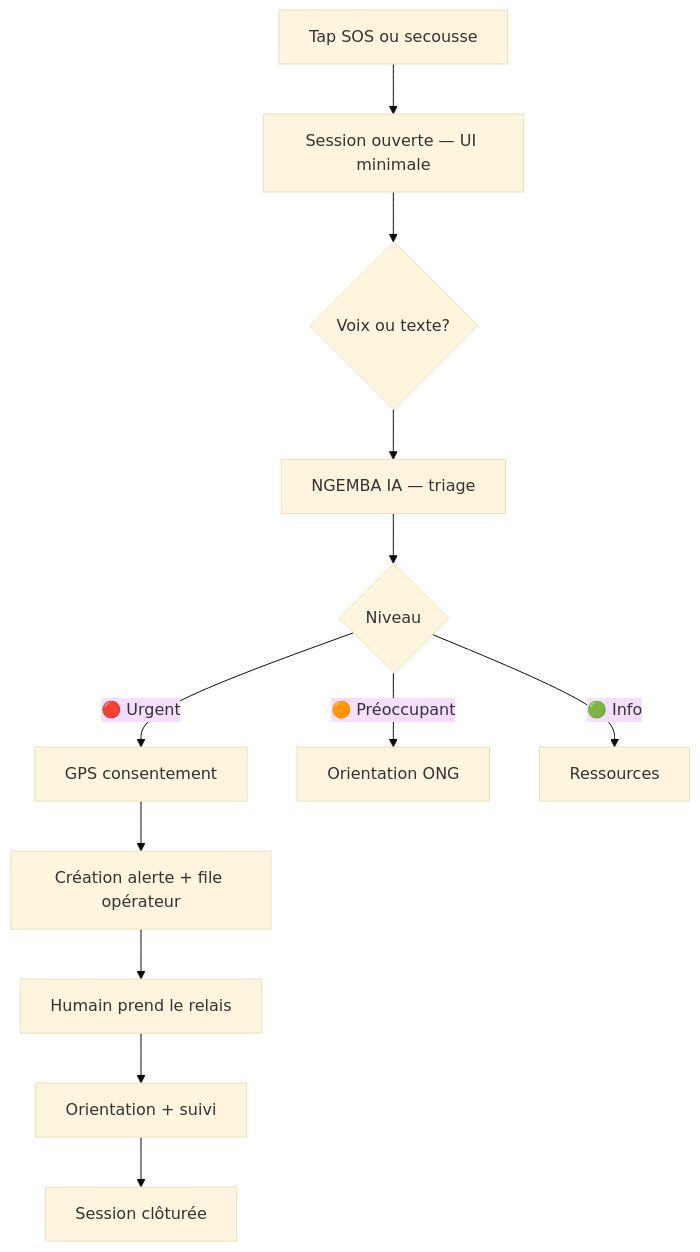
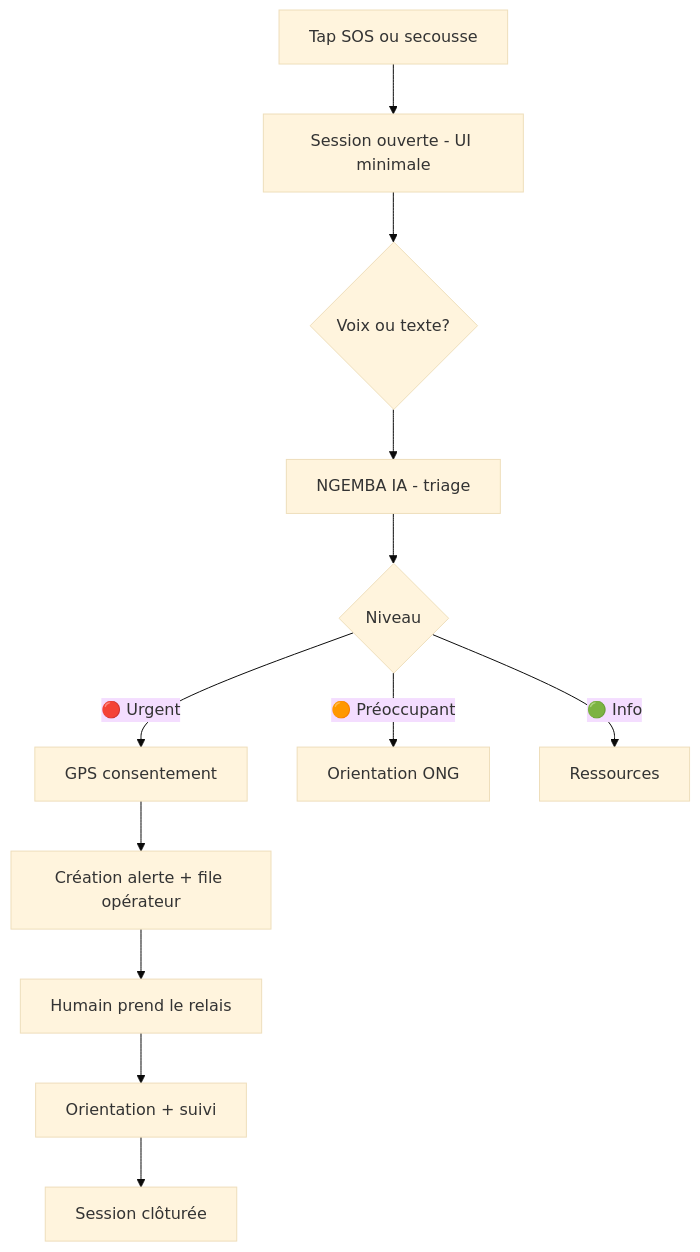
Before and after one commit to Jeffbuleli/McBuleliP2P: the diagram in docs/ngemba/PLAN-MAITRE.md, drawn with Mermaid (base theme). The commit also changed other lines of this file and 41 other files, not shown here.

````diff
--- a/docs/ngemba/PLAN-MAITRE.md
+++ b/docs/ngemba/PLAN-MAITRE.md
@@ -198,14 +198,14 @@
 ```mermaid
 flowchart TD
-  A[Tap SOS ou secousse] --> B[Session ouverte — UI minimale]
+  A[Tap SOS ou secousse] --> B[Session ouverte - UI minimale]
   B --> C{Voix ou texte?}
-  C --> D[NGEMBA IA — triage]
+  C --> D[NGEMBA IA - triage]
   D --> E{Niveau}
   E -->|🔴 Urgent| F[GPS consentement]
   E -->|🟠 Préoccupant| G[Orientation ONG]
   E -->|🟢 Info| H[Ressources]
   F --> I[Création alerte + file opérateur]
   I --> J[Humain prend le relais]
   J --> K[Orientation + suivi]
   K --> L[Session clôturée]
 ```
````
